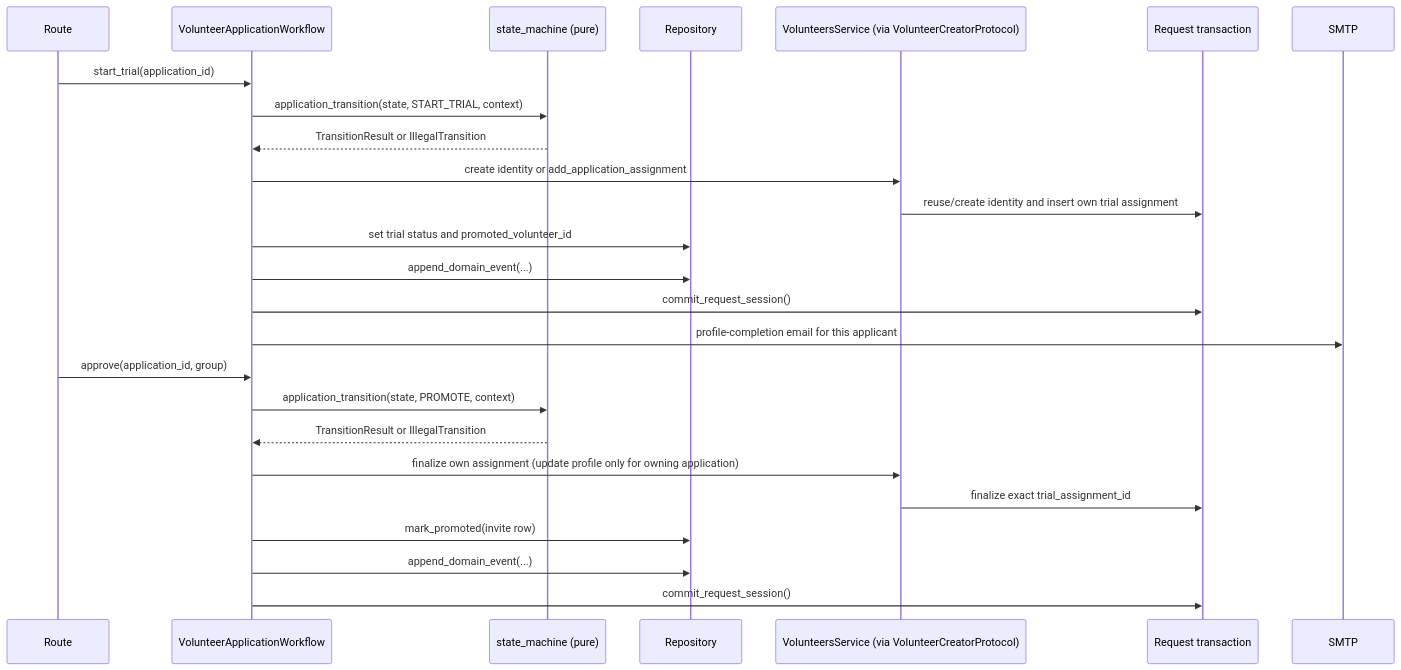
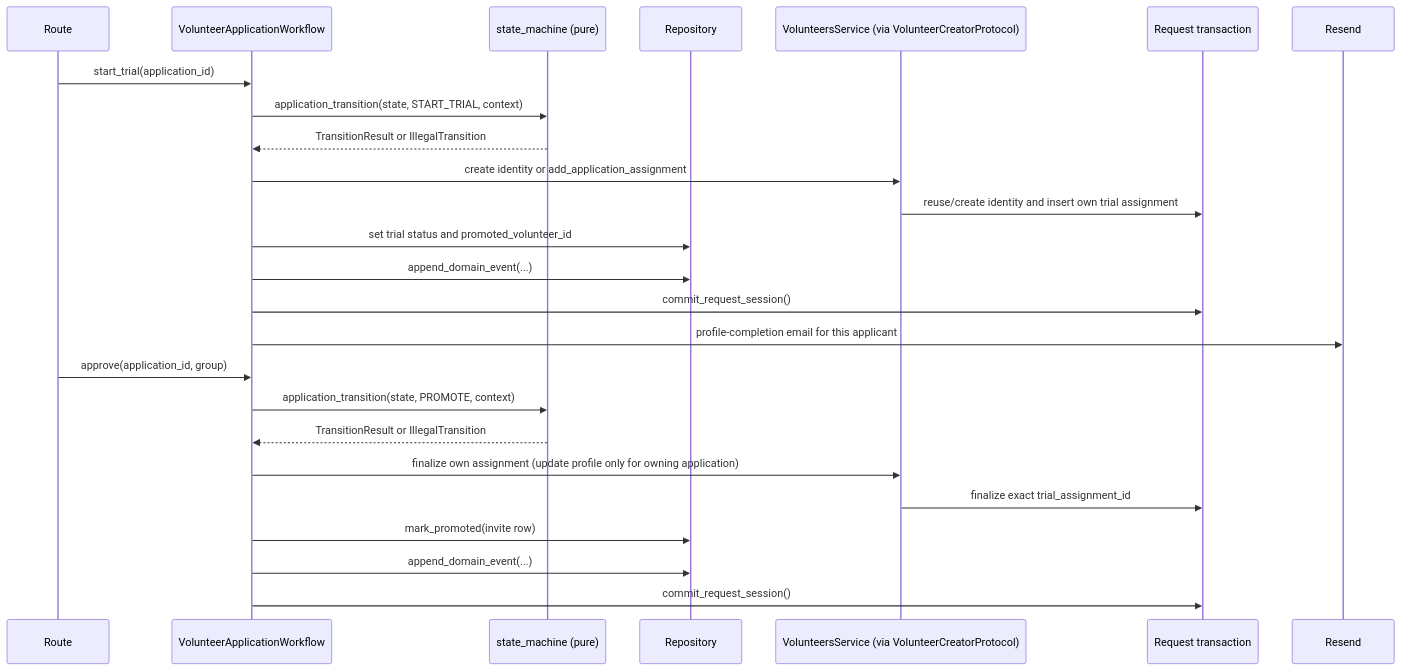
One commit to kvarteret/kvarteret-personal changed the second of 2 diagrams in docs/explanation/volunteer-application-lifecycle.md. Above: the diagram before and after it, drawn with Mermaid. The commit also changed 27 other files, not shown here.

Commit message:
Replace application SMTP transport with idempotent Resend API delivery

````diff
--- a/docs/explanation/volunteer-application-lifecycle.md
+++ b/docs/explanation/volunteer-application-lifecycle.md
@@ -87,29 +87,29 @@
 ```mermaid
 sequenceDiagram
     participant R as Route
     participant W as VolunteerApplicationWorkflow
     participant SM as state_machine (pure)
     participant Repo as Repository
     participant V as VolunteersService (via VolunteerCreatorProtocol)
     participant DB as Request transaction
-    participant SMTP as SMTP
+    participant Resend as Resend
 
     R->>W: start_trial(application_id)
     W->>SM: application_transition(state, START_TRIAL, context)
     SM-->>W: TransitionResult or IllegalTransition
     W->>V: create identity or add_application_assignment
     V->>DB: reuse/create identity and insert own trial assignment
     W->>Repo: set trial status and promoted_volunteer_id
     W->>Repo: append_domain_event(...)
     W->>DB: commit_request_session()
-    W->>SMTP: profile-completion email for this applicant
+    W->>Resend: profile-completion email for this applicant
 
     R->>W: approve(application_id, group)
     W->>SM: application_transition(state, PROMOTE, context)
     SM-->>W: TransitionResult or IllegalTransition
     W->>V: finalize own assignment (update profile only for owning application)
     V->>DB: finalize exact trial_assignment_id
     W->>Repo: mark_promoted(invite row)
     W->>Repo: append_domain_event(...)
     W->>DB: commit_request_session()
 ```
````
